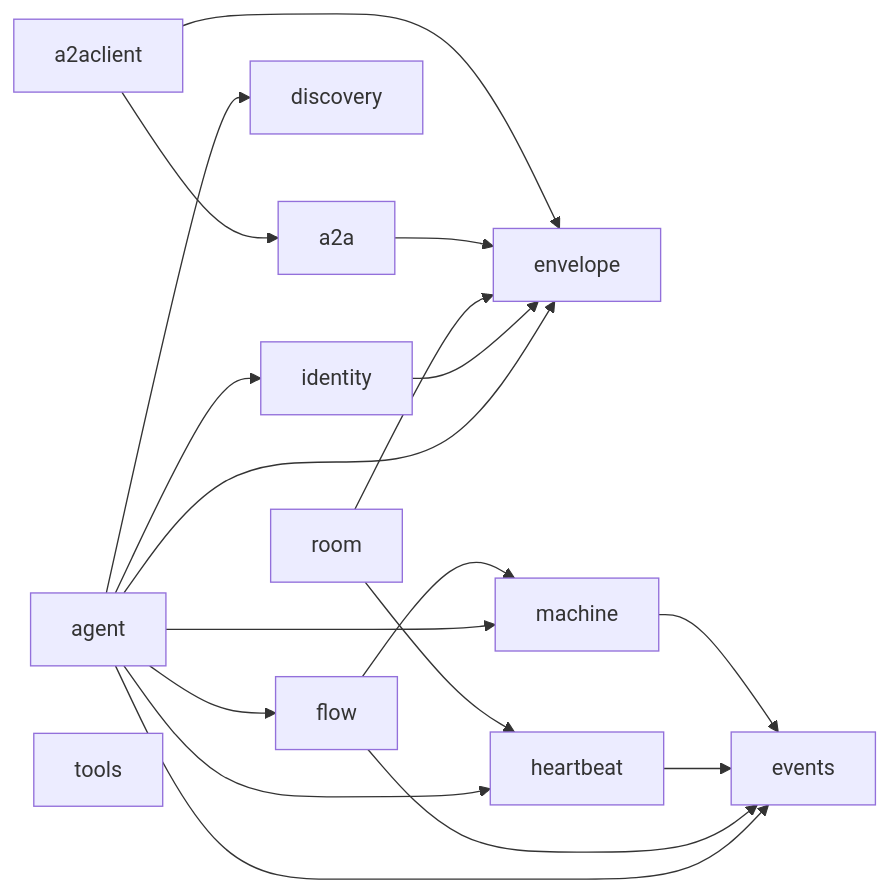
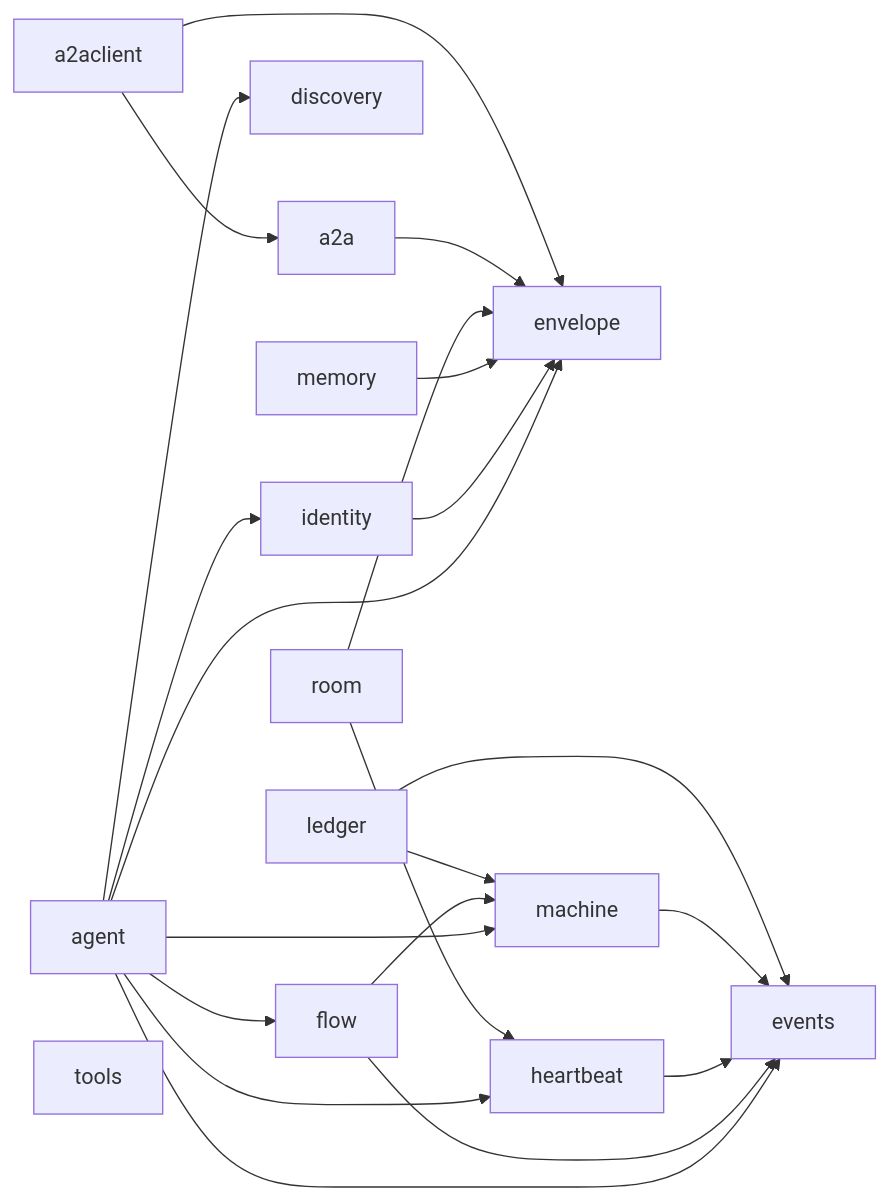
One commit to MiviaLabs/mivia-ai-sdk changed the first of 2 diagrams in docs/architecture.md. Above: the diagram before and after it, drawn with Mermaid. The commit also changed other lines of this file and 44 other files, not shown here.

````diff
--- a/docs/architecture.md
+++ b/docs/architecture.md
@@ -23,24 +25,27 @@
 ```mermaid
 flowchart LR
     agent --> identity
     agent --> discovery
     agent --> flow
     agent --> envelope
     agent --> events
     agent --> machine
     agent --> heartbeat
     flow --> events
     flow --> machine
     heartbeat --> events
     identity --> envelope
     machine --> events
+    ledger --> machine
+    ledger --> events
+    memory --> envelope
     room --> envelope
     room --> heartbeat
     a2a --> envelope
     a2aclient --> a2a
     a2aclient --> envelope
     discovery[discovery]
     envelope[envelope]
     events[events]
     tools[tools]
 ```
````
